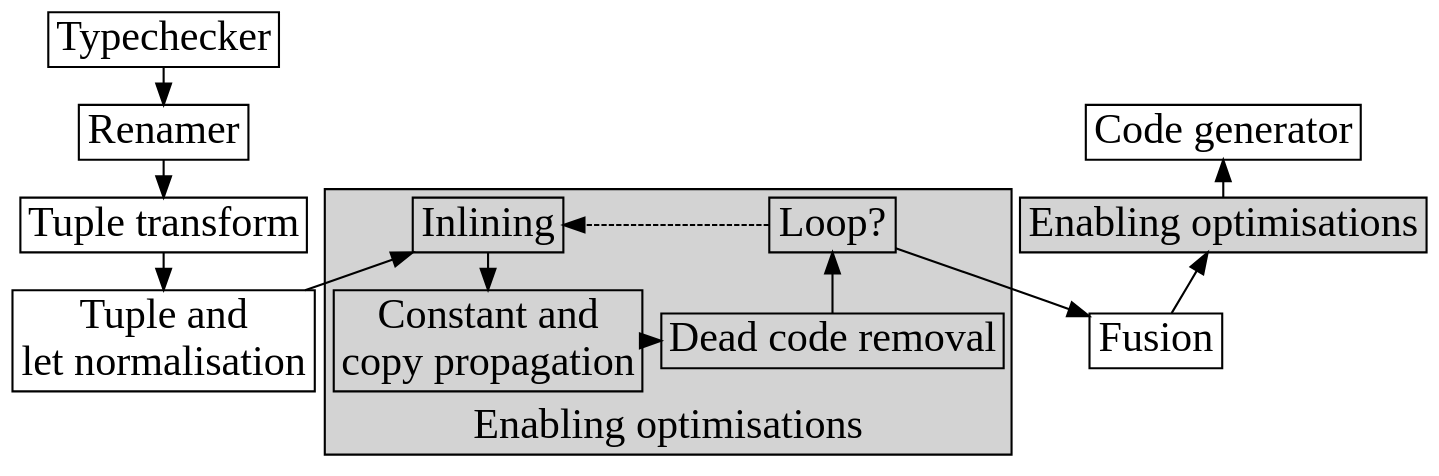
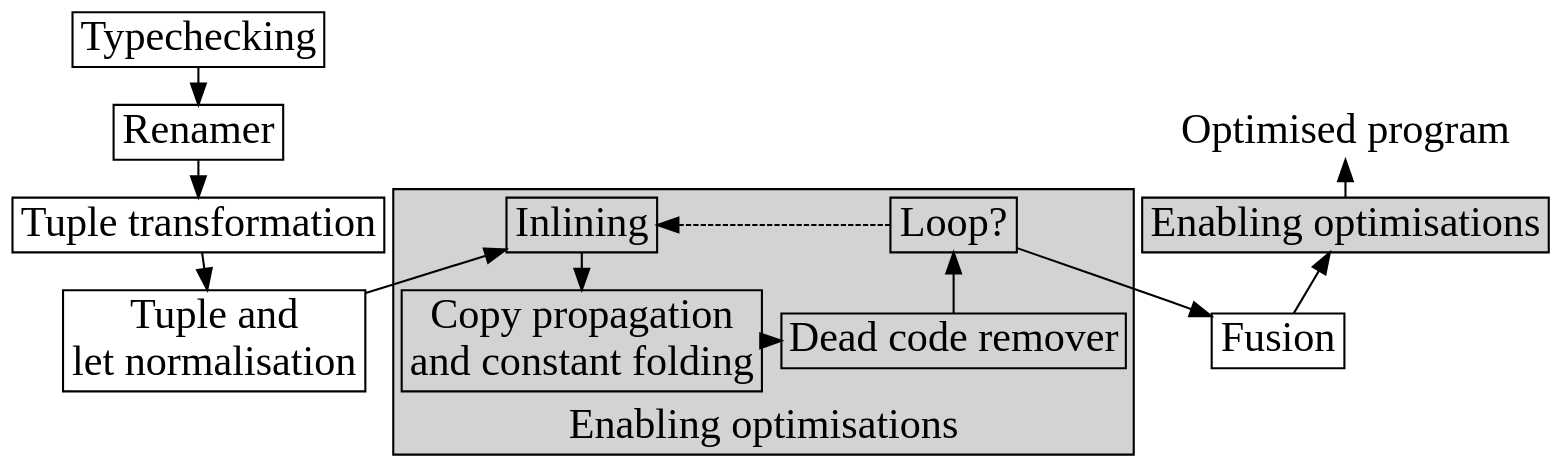
One commit to diku-dk/futhark changed the diagram in doc/FusionPaper/Figures/pipeline.dot. Above: the diagram before and after it, drawn with Graphviz. The commit also changed 2 other files, not shown here.

```diff
--- a/doc/FusionPaper/Figures/pipeline.dot
+++ b/doc/FusionPaper/Figures/pipeline.dot
@@ -1,43 +1,41 @@
 digraph G
 {
         rankdir = TD;
         compound=true;
         penwidth=2;
         node [fontname="Times Roman", shape=rectangle, fontsize=40, penwidth=2]
         edge [color=black, fontname="Times Roman", weight=100, penwidth=2, arrowsize=2]
 
-        Typechecker []
+        Typechecking []
         Renamer []
         Fusion []
-        Output [label="Code generator"]
-        TupleTransform [label="Tuple transform"]
+        Output [label="Optimised program", shape=none]
+        TupleTransform [label="Tuple transformation"]
         Normalisation [label="Tuple and\nlet normalisation"]
         EnablingOpts [label="Enabling optimisations", style=filled]
 
         {rank=same; Fusion Normalisation}
         {rank=same; Output Renamer}
         {rank=same; TupleTransform EnablingOpts}
 
         subgraph clusterEnabling {
                 Inlining []
                 rank="same"
                 style=filled
                 Inlining
-                DeadCodeRemoval [label="Dead code removal"]
-                ConstProp [label="Constant and\ncopy propagation"]
+                DeadCodeRemoval [label="Dead code remover"]
+                ConstProp [label="Copy propagation \nand constant folding"]
                 Loop [label="Loop?"]
                 {rank=same; Inlining Loop}
                 {rank=same; ConstProp DeadCodeRemoval}
                 Inlining->ConstProp->DeadCodeRemoval->Loop
                 Loop->Inlining[style=dashed]
                 label="Enabling optimisations"
                 labelloc=b
                 fontname="Times Roman"
                 fontsize=40
         }
 
-
-
-        Typechecker->Renamer->TupleTransform->Normalisation->Inlining
+        Typechecking->Renamer->TupleTransform->Normalisation->Inlining
         Loop->Fusion->EnablingOpts->Output
 }
```
